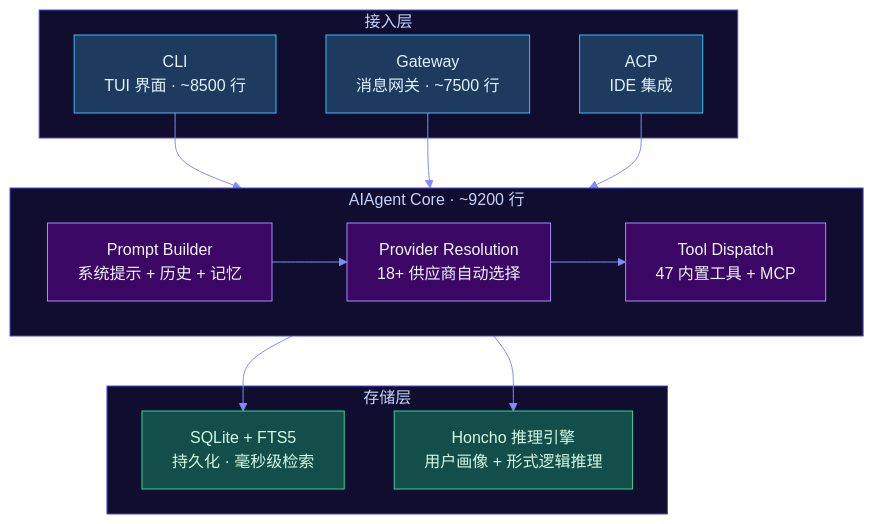
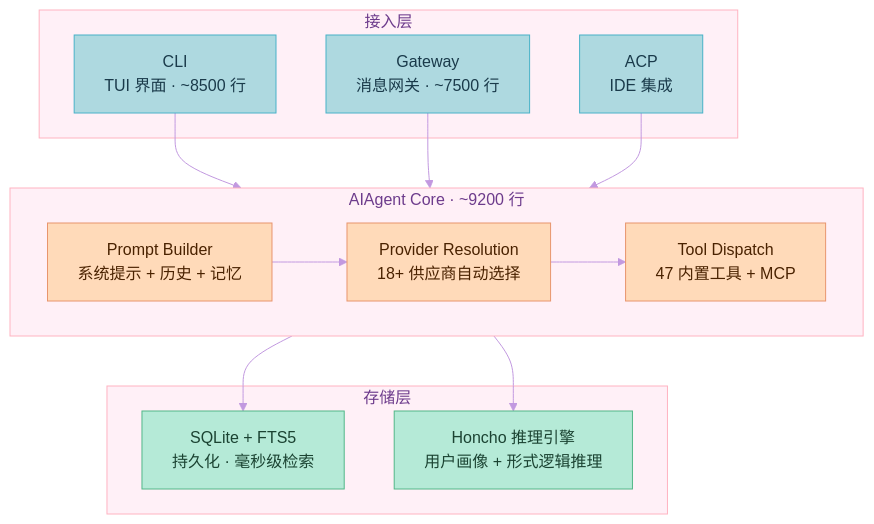
Before and after one commit to xuqi2024/xuqi2024.github.io: the first of 10 diagrams in source/_posts/2026-04-13-hermes-agent深度完全解读.md, drawn with Mermaid. The commit also changed other lines of this file and 3 other files, not shown here.

First line of the commit message:
style: 将所有 Mermaid 图表配色改为马卡龙色系，修复节点换行显示

````diff
--- a/source/_posts/2026-04-13-hermes-agent深度完全解读.md
+++ b/source/_posts/2026-04-13-hermes-agent深度完全解读.md
@@ -37,28 +37,28 @@
 ```mermaid
-%%{init: {'theme': 'base', 'themeVariables': {'primaryColor': '#1e1b4b', 'primaryTextColor': '#e0e7ff', 'primaryBorderColor': '#818cf8', 'lineColor': '#818cf8', 'secondaryColor': '#2e1065', 'tertiaryColor': '#0c3a4a', 'background': '#0a0914', 'mainBkg': '#1e1b4b', 'nodeBorder': '#818cf8', 'clusterBkg': '#110d2e', 'clusterBorder': '#4f46e5', 'titleColor': '#c7d2fe', 'edgeLabelBackground': '#1e1b4b'}}}%%
+%%{init: {'theme': 'base', 'themeVariables': {'primaryColor': '#FFB3C1', 'primaryTextColor': '#4A1942', 'primaryBorderColor': '#FF85A1', 'lineColor': '#C299E0', 'secondaryColor': '#C8E6C9', 'tertiaryColor': '#AED9E0', 'background': '#FFF8FB', 'mainBkg': '#FFB3C1', 'nodeBorder': '#FF85A1', 'clusterBkg': '#FFF0F7', 'clusterBorder': '#FFB3C1', 'titleColor': '#6D3B8C', 'edgeLabelBackground': '#FFF8FB'}}}%%
 flowchart TD
-    classDef iface fill:#1e3a5f,stroke:#38bdf8,color:#e0f2fe
-    classDef pipeline fill:#3b0764,stroke:#a78bfa,color:#f5f3ff
-    classDef store fill:#134e4a,stroke:#34d399,color:#d1fae5
+    classDef iface fill:#AED9E0,stroke:#48B2C8,color:#1A3A4A
+    classDef pipeline fill:#FFDAB9,stroke:#E8956D,color:#4A2200
+    classDef store fill:#B5EAD7,stroke:#52B788,color:#1B4332
 
     subgraph IF["接入层"]
-        CLI["CLI\nTUI 界面 · ~8500 行"]:::iface
-        GW["Gateway\n消息网关 · ~7500 行"]:::iface
-        ACP["ACP\nIDE 集成"]:::iface
+        CLI["CLI<br/>TUI 界面 · ~8500 行"]:::iface
+        GW["Gateway<br/>消息网关 · ~7500 行"]:::iface
+        ACP["ACP<br/>IDE 集成"]:::iface
     end
 
     subgraph CORE["AIAgent Core · ~9200 行"]
-        PB["Prompt Builder\n系统提示 + 历史 + 记忆"]:::pipeline
-        PR["Provider Resolution\n18+ 供应商自动选择"]:::pipeline
-        TD["Tool Dispatch\n47 内置工具 + MCP"]:::pipeline
+        PB["Prompt Builder<br/>系统提示 + 历史 + 记忆"]:::pipeline
+        PR["Provider Resolution<br/>18+ 供应商自动选择"]:::pipeline
+        TD["Tool Dispatch<br/>47 内置工具 + MCP"]:::pipeline
         PB --> PR --> TD
     end
 
     subgraph STORE["存储层"]
-        DB["SQLite + FTS5\n持久化 · 毫秒级检索"]:::store
-        HC["Honcho 推理引擎\n用户画像 + 形式逻辑推理"]:::store
+        DB["SQLite + FTS5<br/>持久化 · 毫秒级检索"]:::store
+        HC["Honcho 推理引擎<br/>用户画像 + 形式逻辑推理"]:::store
     end
 
     CLI & GW & ACP --> CORE
     CORE --> DB & HC
 ```
````
